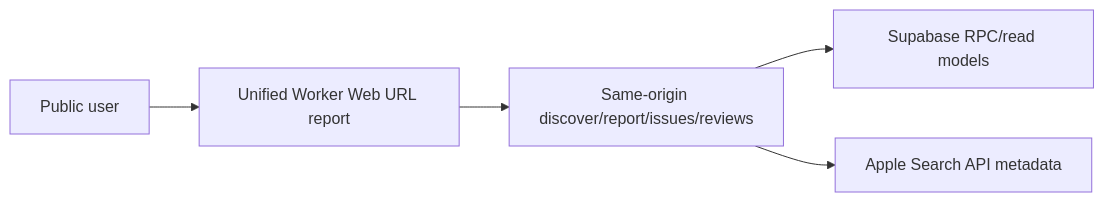
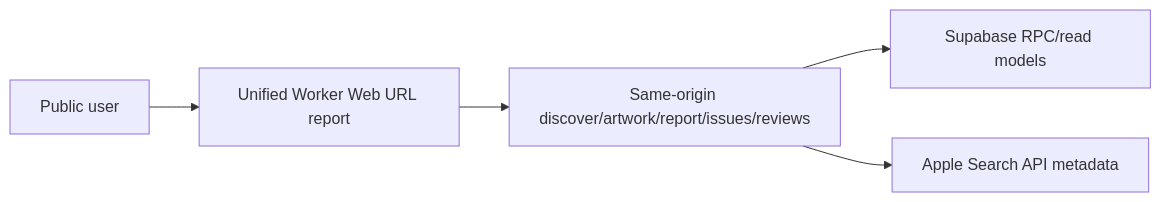
The first of 2 diagrams in docs/architecture.md (jeonsavvy/VoC-Radar), drawn with Mermaid before and after one commit. The commit also changed other lines of this file and 10 other files, not shown here.

````diff
--- a/docs/architecture.md
+++ b/docs/architecture.md
@@ -11,7 +11,7 @@
 ```mermaid
 flowchart LR
   U["Public user"] --> W["Unified Worker Web URL report"]
-  W --> D["Same-origin discover/report/issues/reviews"]
+  W --> D["Same-origin discover/artwork/report/issues/reviews"]
   D --> S["Supabase RPC/read models"]
   D --> A["Apple Search API metadata"]
 ```
````
